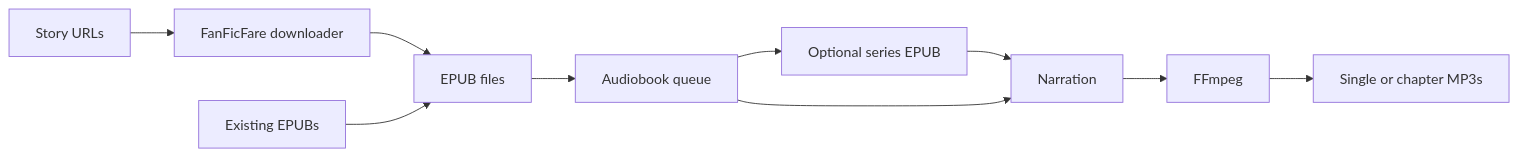
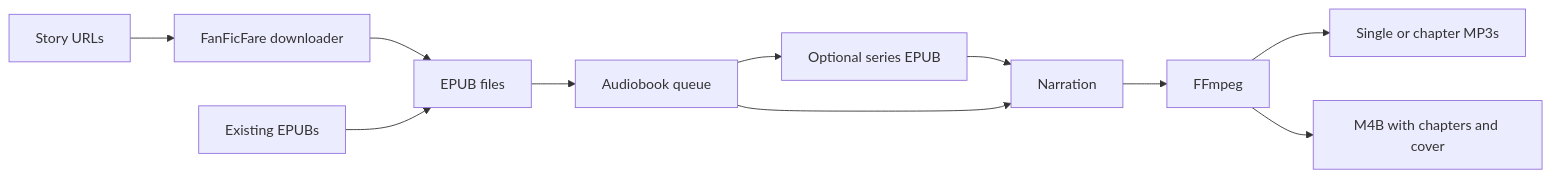
Before and after one commit to thatosxguy/FanFictoAudio: the diagram in README.md, drawn with Mermaid. The commit also changed other lines of this file and 41 other files, not shown here.

````diff
--- a/README.md
+++ b/README.md
@@ -24,12 +26,13 @@
 ```mermaid
 flowchart LR
     URL[Story URLs] --> FFF[FanFicFare downloader]
     FFF --> EPUB[EPUB files]
     DISK[Existing EPUBs] --> EPUB
     EPUB --> QUEUE[Audiobook queue]
     QUEUE --> SERIES[Optional series EPUB]
     SERIES --> SPEECH[Narration]
     QUEUE --> SPEECH
     SPEECH --> FFMPEG[FFmpeg]
     FFMPEG --> MP3[Single or chapter MP3s]
+    FFMPEG --> M4B[M4B with chapters and cover]
 ```
````
